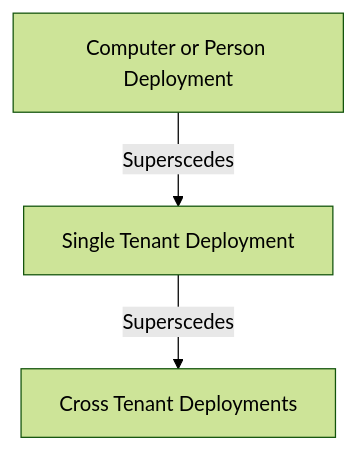
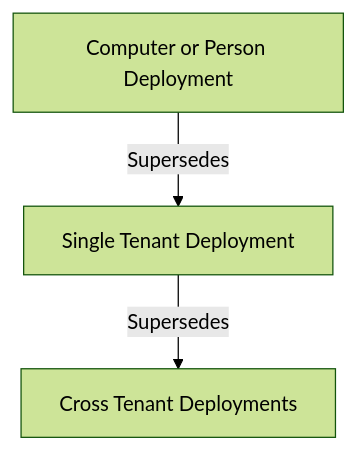
One commit to immense/immybot-documentation changed the diagram in Documentation/AdvancedTopics/deployment-resolution.md. Above: the diagram before and after it, drawn with Mermaid (forest theme). The commit also changed other lines of this file and 18 other files, not shown here.

````diff
--- a/Documentation/AdvancedTopics/deployment-resolution.md
+++ b/Documentation/AdvancedTopics/deployment-resolution.md
@@ -13,6 +13,6 @@
 ```mermaid
 graph TD
-    A[Computer or Person Deployment] -->|Superscedes| B[Single Tenant Deployment]
-    B -->|Superscedes|C[Cross Tenant Deployments]
+    A[Computer or Person Deployment] -->|Supersedes| B[Single Tenant Deployment]
+    B -->|Supersedes|C[Cross Tenant Deployments]
 
 ```
````
